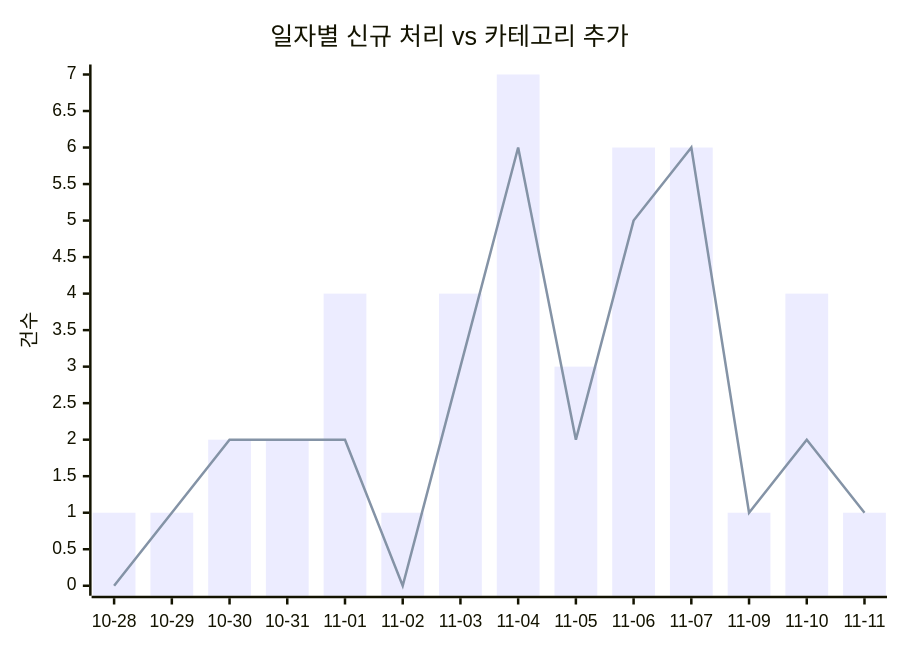
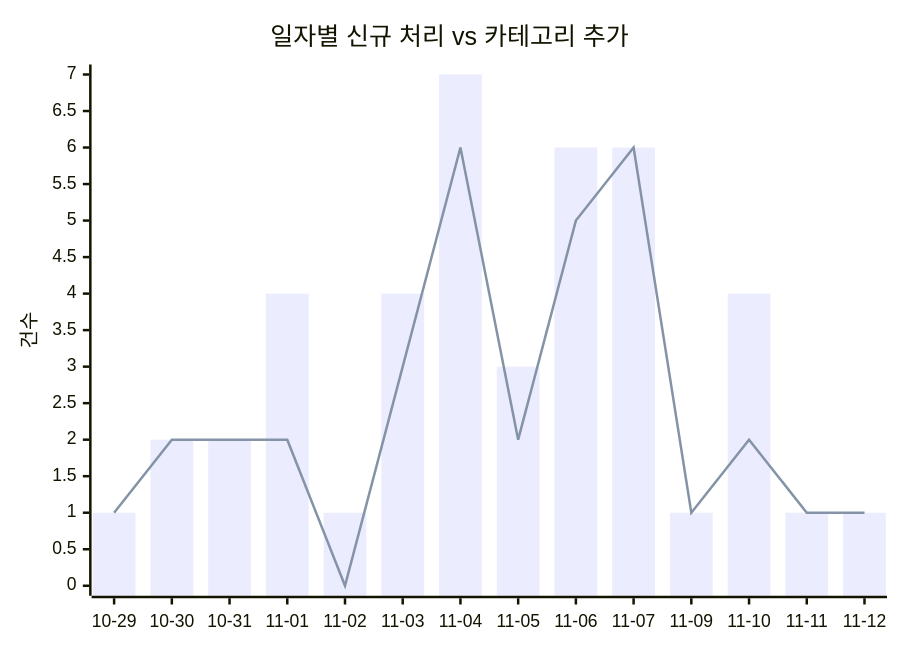
The first of 2 diagrams in docs/trends.md (J-nowcow/awesome-korean-agent-skills), drawn with Mermaid before and after one commit. The commit also changed other lines of this file and 3 other files, not shown here.

````diff
--- a/docs/trends.md
+++ b/docs/trends.md
@@ -32,8 +32,8 @@
 ```mermaid
 xychart-beta
     title "일자별 신규 처리 vs 카테고리 추가"
-    x-axis ["10-28","10-29","10-30","10-31","11-01","11-02","11-03","11-04","11-05","11-06","11-07","11-09","11-10","11-11"]
+    x-axis ["10-29","10-30","10-31","11-01","11-02","11-03","11-04","11-05","11-06","11-07","11-09","11-10","11-11","11-12"]
     y-axis "건수"
-    bar [1,1,2,2,4,1,4,7,3,6,6,1,4,1]
-    line [0,1,2,2,2,0,3,6,2,5,6,1,2,1]
+    bar [1,2,2,4,1,4,7,3,6,6,1,4,1,1]
+    line [1,2,2,2,0,3,6,2,5,6,1,2,1,1]
 ```
````
